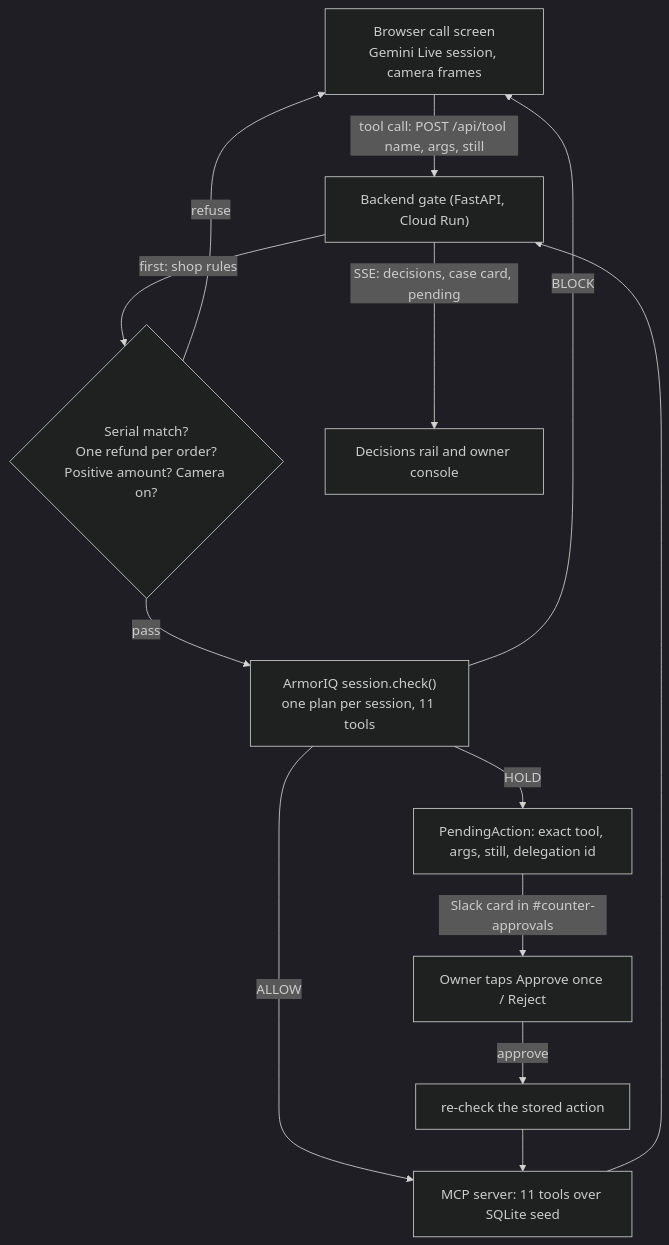
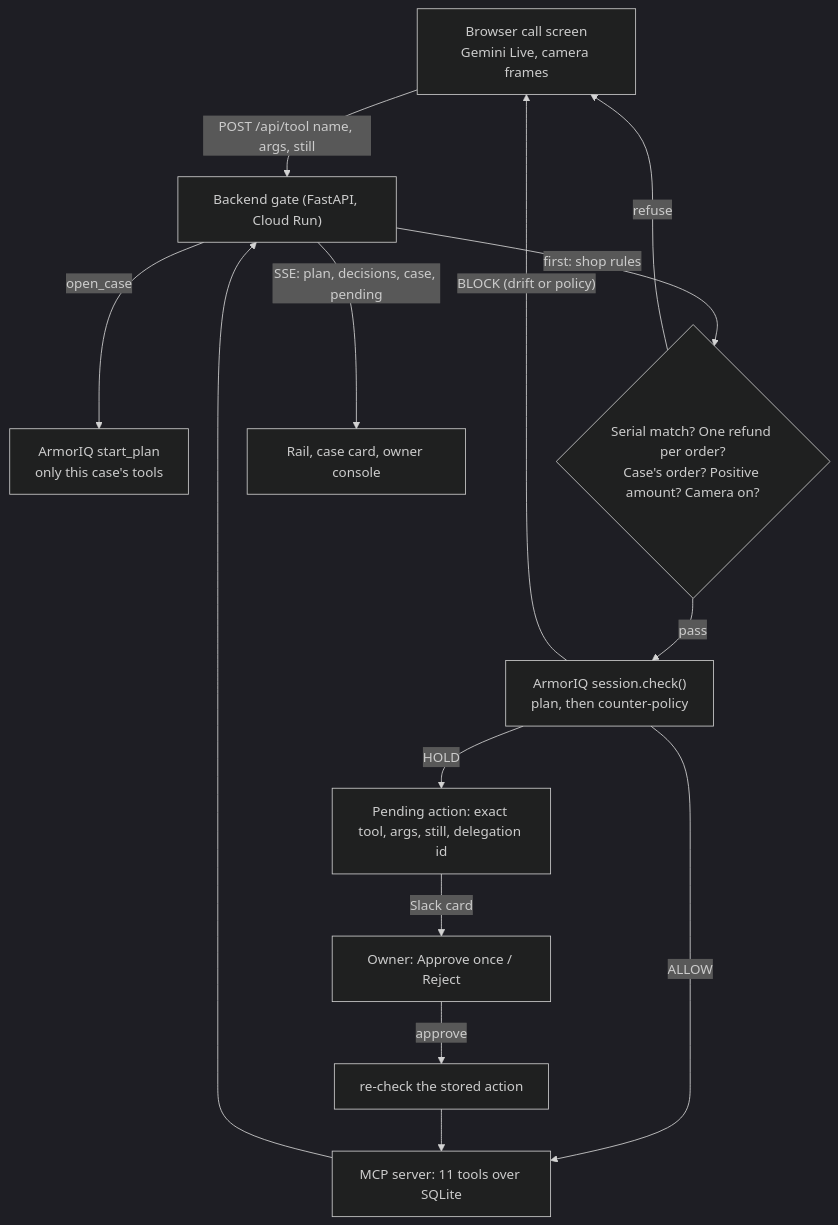
Before and after one commit to tayyab415/counter: the diagram in README.md, drawn with Mermaid (dark theme). The commit also changed other lines of this file and 29 other files, not shown here.

First line of the commit message:
docs: platform.armoriq.ai, case plans and the receipt injection; 90 s run sheet; platform console shots

````diff
--- a/README.md
+++ b/README.md
@@ -27,15 +50,15 @@
 ```mermaid
 flowchart TD
-  B["Browser call screen<br/>Gemini Live session, camera frames"] -->|"tool call: POST /api/tool name, args, still"| G["Backend gate (FastAPI, Cloud Run)"]
-  G -->|"first: shop rules"| R{"Serial match?<br/>One refund per order?<br/>Positive amount? Camera on?"}
+  B["Browser call screen<br/>Gemini Live, camera frames"] -->|"POST /api/tool name, args, still"| G["Backend gate (FastAPI, Cloud Run)"]
+  G -->|open_case| P0["ArmorIQ start_plan<br/>only this case's tools"]
+  G -->|"first: shop rules"| R{"Serial match? One refund per order?<br/>Case's order? Positive amount? Camera on?"}
   R -->|refuse| B
-  R -->|pass| A["ArmorIQ session.check()<br/>one plan per session, 11 tools"]
-  A -->|ALLOW| M["MCP server: 11 tools over SQLite seed"]
-  A -->|BLOCK| B
-  A -->|HOLD| P["PendingAction: exact tool, args, still, delegation id"]
-  P -->|"Slack card in #counter-approvals"| S["Owner taps Approve once / Reject"]
-  S -->|approve| C["re-check the stored action"]
-  C --> M
+  R -->|pass| A["ArmorIQ session.check()<br/>plan, then counter-policy"]
+  A -->|ALLOW| M["MCP server: 11 tools over SQLite"]
+  A -->|"BLOCK (drift or policy)"| B
+  A -->|HOLD| H["Pending action: exact tool, args, still, delegation id"]
+  H -->|"Slack card"| S["Owner: Approve once / Reject"]
+  S -->|approve| C["re-check the stored action"] --> M
   M --> G
-  G -->|"SSE: decisions, case card, pending"| O["Decisions rail and owner console"]
+  G -->|"SSE: plan, decisions, case, pending"| O["Rail, case card, owner console"]
 ```
````
